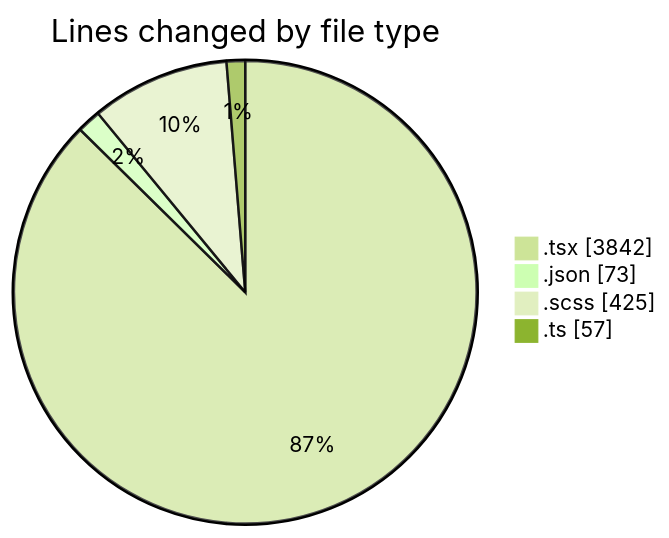
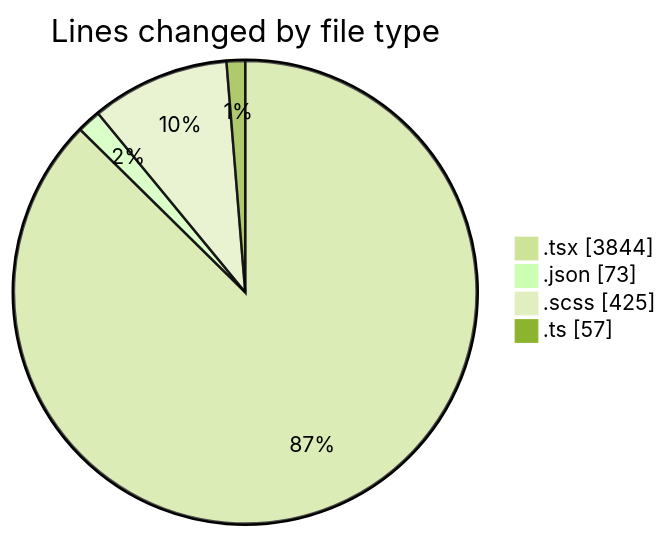
The first of 2 diagrams in 2025-10-02/cda/README.md (momahboobian/code-tracking), drawn with Mermaid (forest theme) before and after one commit. The commit also changed other lines of this file and 1 other file, not shown here.

````diff
--- a/2025-10-02/cda/README.md
+++ b/2025-10-02/cda/README.md
@@ -29,8 +29,8 @@
 ```mermaid
 pie showData
 title Lines changed by file type
-".tsx" : 3842
+".tsx" : 3844
 ".json" : 73
 ".scss" : 425
 ".ts" : 57
 ```
````
